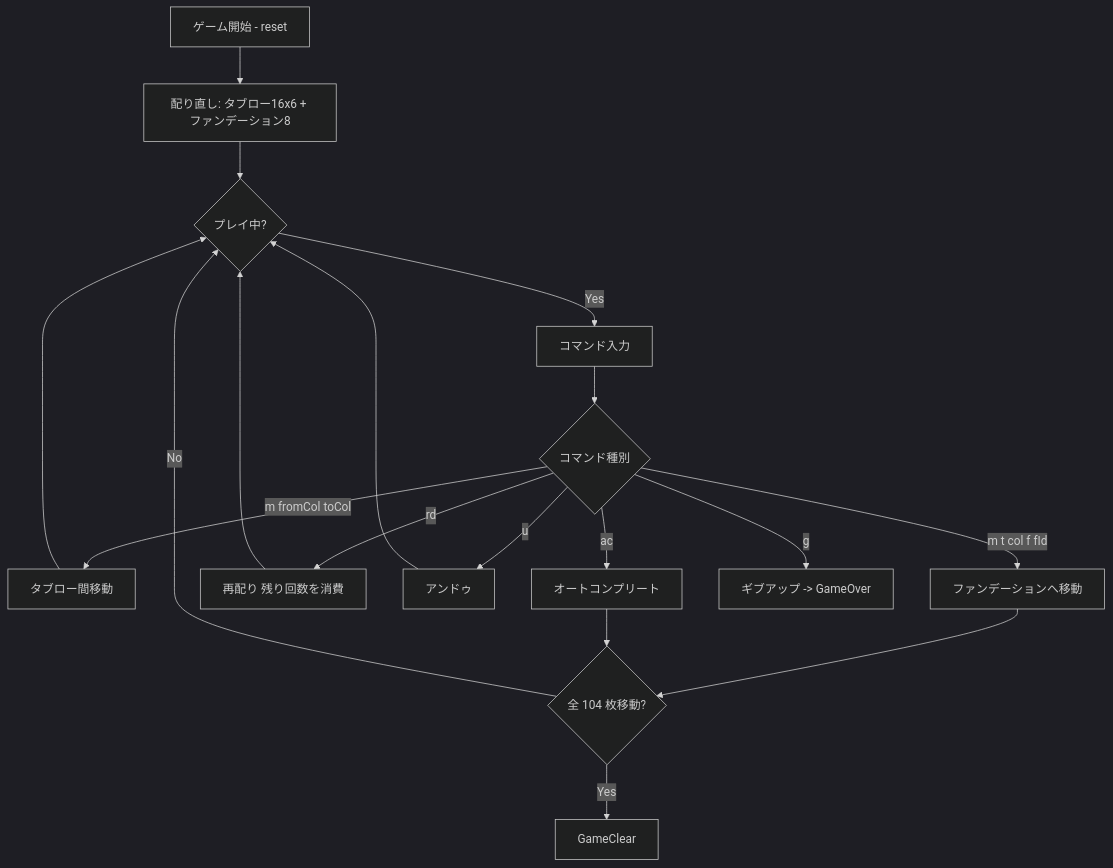
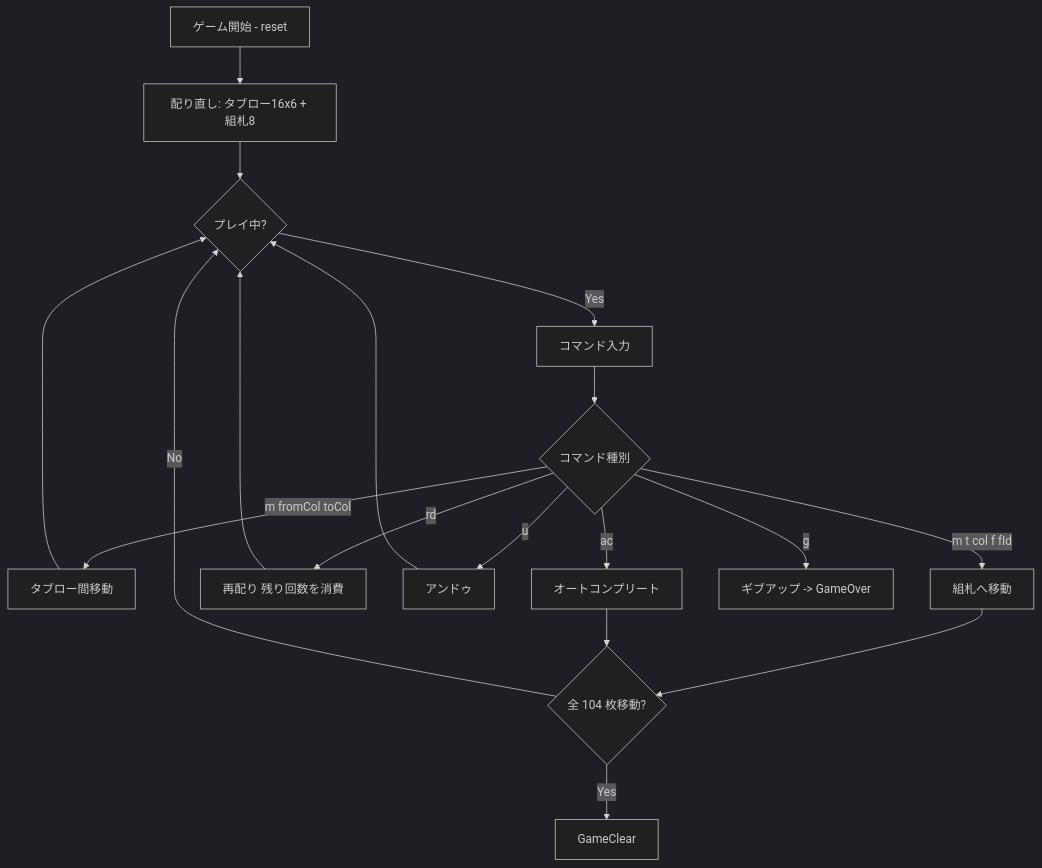
Before and after one commit to yuta-yoshinaga/go_trumpcards: the diagram in docs/manual/cui/crescent.md, drawn with Mermaid (dark theme). The commit also changed other lines of this file and 49 other files, not shown here.

````diff
--- a/docs/manual/cui/crescent.md
+++ b/docs/manual/cui/crescent.md
@@ -50,20 +50,20 @@
 ```mermaid
 flowchart TD
-    A[ゲーム開始 - reset] --> B[配り直し: タブロー16x6 + ファンデーション8]
+    A[ゲーム開始 - reset] --> B[配り直し: タブロー16x6 + 組札8]
     B --> C{プレイ中?}
     C -- Yes --> D[コマンド入力]
     D --> E{コマンド種別}
     E -- m fromCol toCol --> F[タブロー間移動]
-    E -- m t col f fId --> G[ファンデーションへ移動]
+    E -- m t col f fId --> G[組札へ移動]
     E -- rd --> H[再配り 残り回数を消費]
     E -- u --> I[アンドゥ]
     E -- ac --> J[オートコンプリート]
     E -- g --> K[ギブアップ -> GameOver]
     F --> C
     G --> L{全 104 枚移動?}
     L -- Yes --> M[GameClear]
     L -- No --> C
     H --> C
     I --> C
     J --> L
 ```
````
